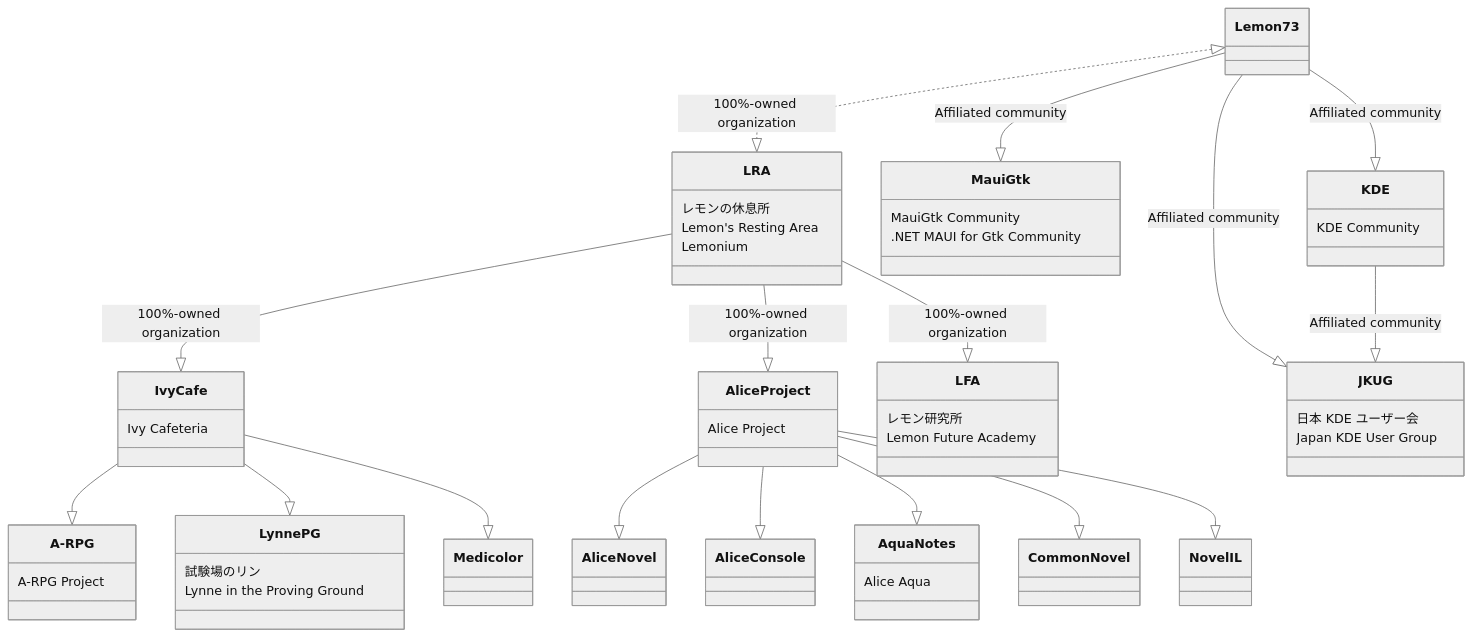
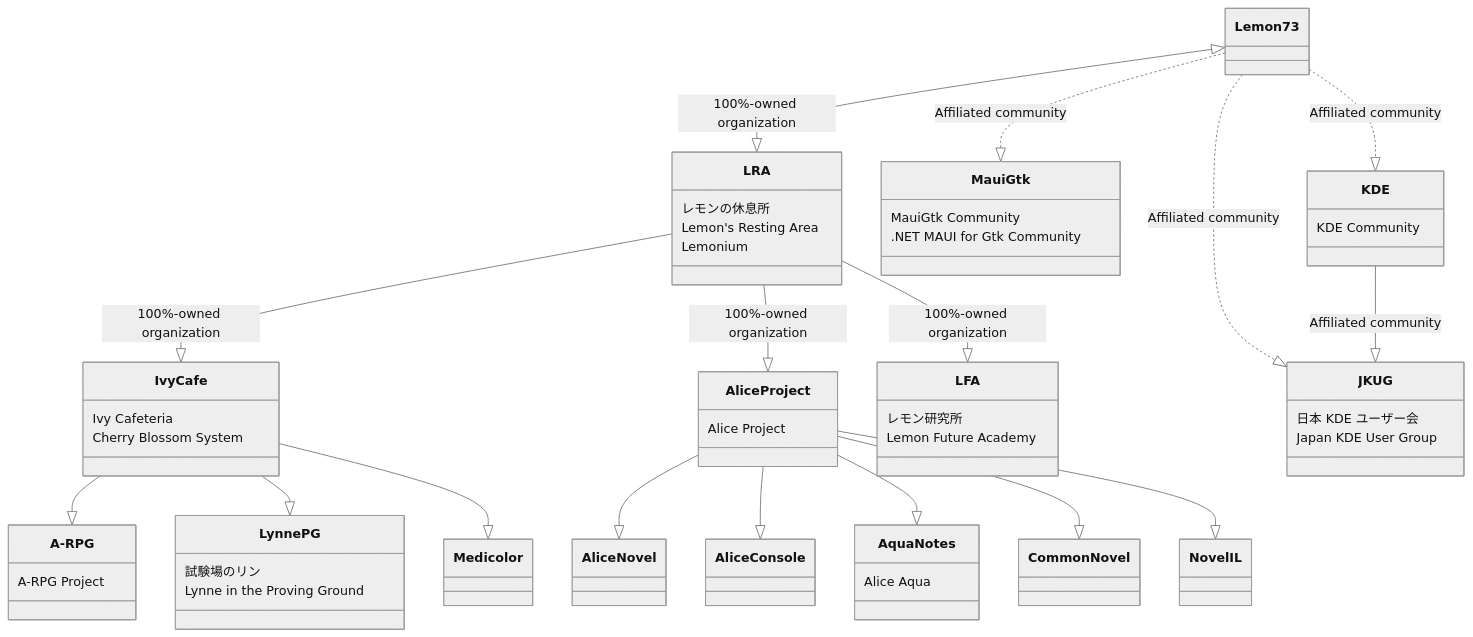
Before and after one commit to Lemon73-Computing/lemon73-computing.github.io: the diagram in static/archives/orgs-relations.md, drawn with Mermaid (neutral theme).

Commit message:
chore: change orgs relation

````diff
--- a/static/archives/orgs-relations.md
+++ b/static/archives/orgs-relations.md
@@ -7,42 +7,43 @@
 ```mermaid
 classDiagram
   LRA : レモンの休息所
   LRA : Lemon's Resting Area
   LRA : Lemonium
   AliceProject : Alice Project
   IvyCafe : Ivy Cafeteria
+  IvyCafe : Cherry Blossom System
   LFA : レモン研究所
   LFA : Lemon Future Academy
 
   MauiGtk : MauiGtk Community
   MauiGtk : .NET MAUI for Gtk Community
   KDE : KDE Community
   JKUG : 日本 KDE ユーザー会
   JKUG : Japan KDE User Group
 
-  Lemon73 --|> MauiGtk : Affiliated community
-  Lemon73 --|> KDE : Affiliated community
-  Lemon73 --|> JKUG : Affiliated community
+  Lemon73 ..|> MauiGtk : Affiliated community
+  Lemon73 ..|> KDE : Affiliated community
+  Lemon73 ..|> JKUG : Affiliated community
   KDE --|> JKUG : Affiliated community
 
-  Lemon73 <|..|> LRA : 100%-owned organization
+  Lemon73 <|--|> LRA : 100%-owned organization
   LRA --|> IvyCafe : 100%-owned organization
   LRA --|> AliceProject : 100%-owned organization
   LRA --|> LFA : 100%-owned organization
 
   AquaNotes : Alice Aqua
 
   AliceProject --|> AliceNovel
   AliceProject --|> AliceConsole
   AliceProject --|> AquaNotes
   AliceProject --|> CommonNovel
   AliceProject --|> NovelIL
 
   A-RPG : A-RPG Project
   LynnePG : 試験場のリン
   LynnePG : Lynne in the Proving Ground
 
   IvyCafe --|> A-RPG
   IvyCafe --|> LynnePG
   IvyCafe --|> Medicolor
 ```
````
